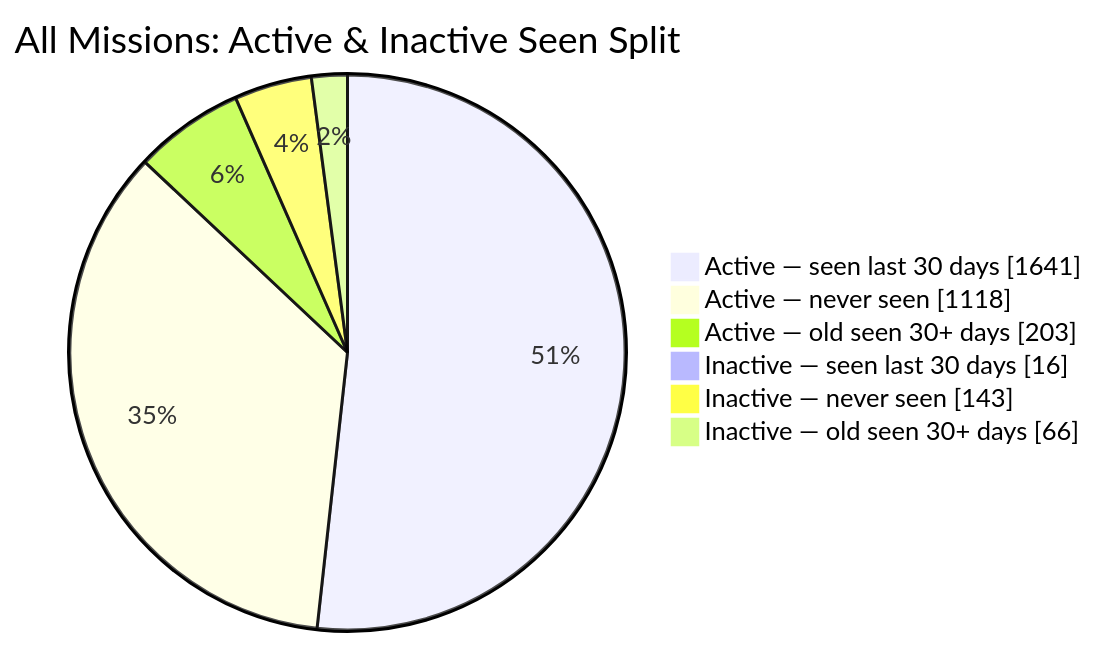
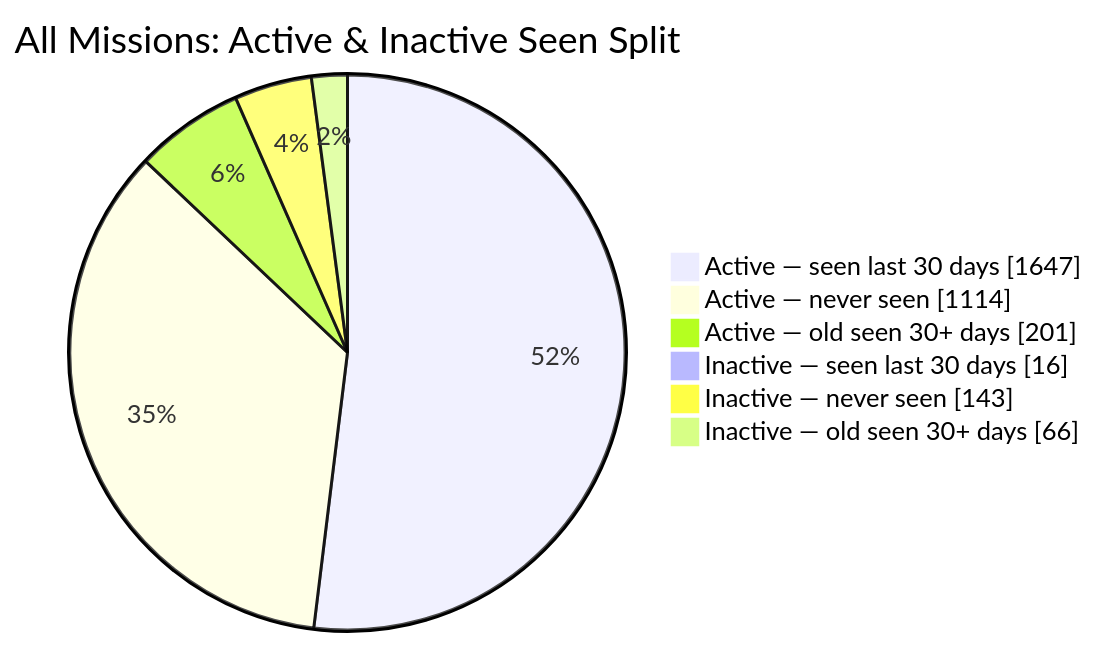
The second of 2 diagrams in README.md (MeldkamerspelGameTeam/active-missions), drawn with Mermaid before and after one commit. The commit also changed other lines of this file and 3 other files, not shown here.

````diff
--- a/README.md
+++ b/README.md
@@ -44,10 +44,10 @@
 ```mermaid
 pie showData
     title All Missions: Active & Inactive Seen Split
-    "Active — seen last 30 days" : 1641
-    "Active — never seen" : 1118
-    "Active — old seen 30+ days" : 203
+    "Active — seen last 30 days" : 1647
+    "Active — never seen" : 1114
+    "Active — old seen 30+ days" : 201
     "Inactive — seen last 30 days" : 16
     "Inactive — never seen" : 143
     "Inactive — old seen 30+ days" : 66
 ```
````
